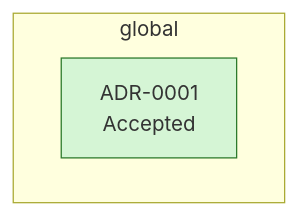
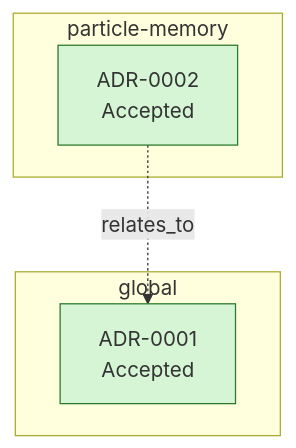
Before and after one commit to pypr/pysph: the diagram in .ai/implementations/blast-from-the-past/decisions/graph.md, drawn with Mermaid. The commit also changed 36 other files, not shown here.

````diff
--- a/.ai/implementations/blast-from-the-past/decisions/graph.md
+++ b/.ai/implementations/blast-from-the-past/decisions/graph.md
@@ -5,11 +5,16 @@
 ```mermaid
 flowchart TD
   subgraph global[global]
     ADR_0001["ADR-0001<br/>Accepted"]
   end
+  subgraph particle_memory[particle-memory]
+    ADR_0002["ADR-0002<br/>Accepted"]
+  end
+  ADR_0002 -. relates_to .-> ADR_0001
   classDef Accepted fill:#d5f5d5,stroke:#2c7a2c;
   classDef Proposed fill:#fff3bf,stroke:#9a7500;
   classDef Superseded fill:#e5e7eb,stroke:#6b7280;
   classDef Rejected fill:#ffd6d6,stroke:#b91c1c;
   class ADR_0001 Accepted;
+  class ADR_0002 Accepted;
 ```
````
